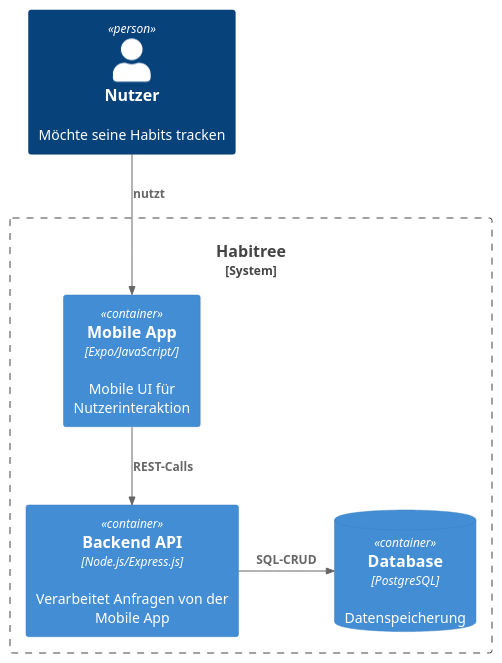
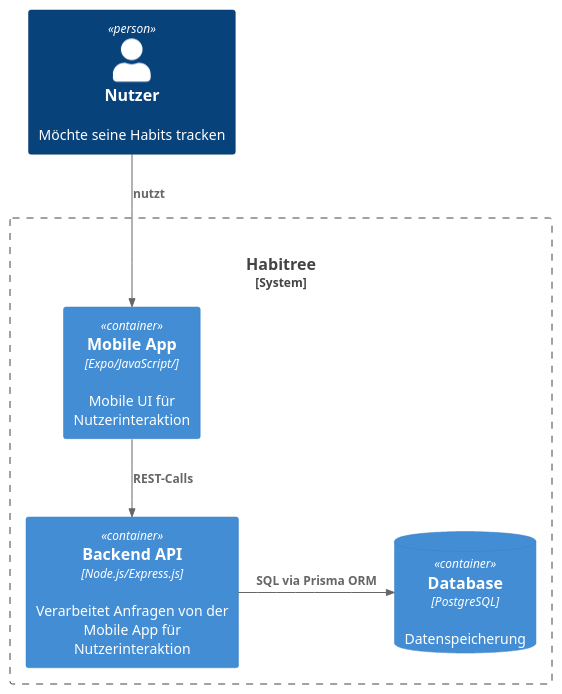
One commit to laurenzzzzzz/htwd-se1-habitree changed the diagram in docs/architecture/plantuml/c4-habitree-level1.plantuml. Above: the diagram before and after it, drawn with PlantUML. The commit also changed 45 other files, not shown here.

Commit message:
Update architecture_notebook.adoc Hinzufügen Softwaredokumentation generierung mittels TypeDoc -> dazu leichte Anpassung im Code wegen Compiler, Anpassung C4 Diagramme

```diff
--- a/docs/architecture/plantuml/c4-habitree-level1.plantuml
+++ b/docs/architecture/plantuml/c4-habitree-level1.plantuml
@@ -1,23 +1,25 @@
 @startuml c4-habitree-level1
 !include <c4/C4_Context.puml>
 !include <C4/C4>  
 !include <C4/C4_Container> 
+!include <C4/C4_Container>
 
 Person(user, "Nutzer", "Möchte seine Habits tracken")
 System_Boundary(gewohnheitstier, "Habitree") {
   
-  Container(api,    "Backend API", "Node.js/Express.js", "Verarbeitet Anfragen von der Mobile App ")
+  Container(api, "Habitree Backend API", "Node.js / Express", "Verarbeitet Anfragen von Mobile App, bietet REST-Endpunkte, Authentifizierung")
+    Container(api,    "Backend API", "Node.js/Express.js", "Verarbeitet Anfragen von der Mobile App für Nutzerinteraktion")
   
   Container(mobileApp, "Mobile App", "Expo/JavaScript/", "Mobile UI für Nutzerinteraktion")
   ContainerDb(db,    "Database",  "PostgreSQL", "Datenspeicherung")
 }
 
 
 
 
 Rel(user, mobileApp, "nutzt")
-Rel_R(api,       db,     "SQL-CRUD")
+Rel_R(api,       db,     "SQL via Prisma ORM")
 Rel(mobileApp, api, "REST-Calls")
 
 
 @enduml
```
